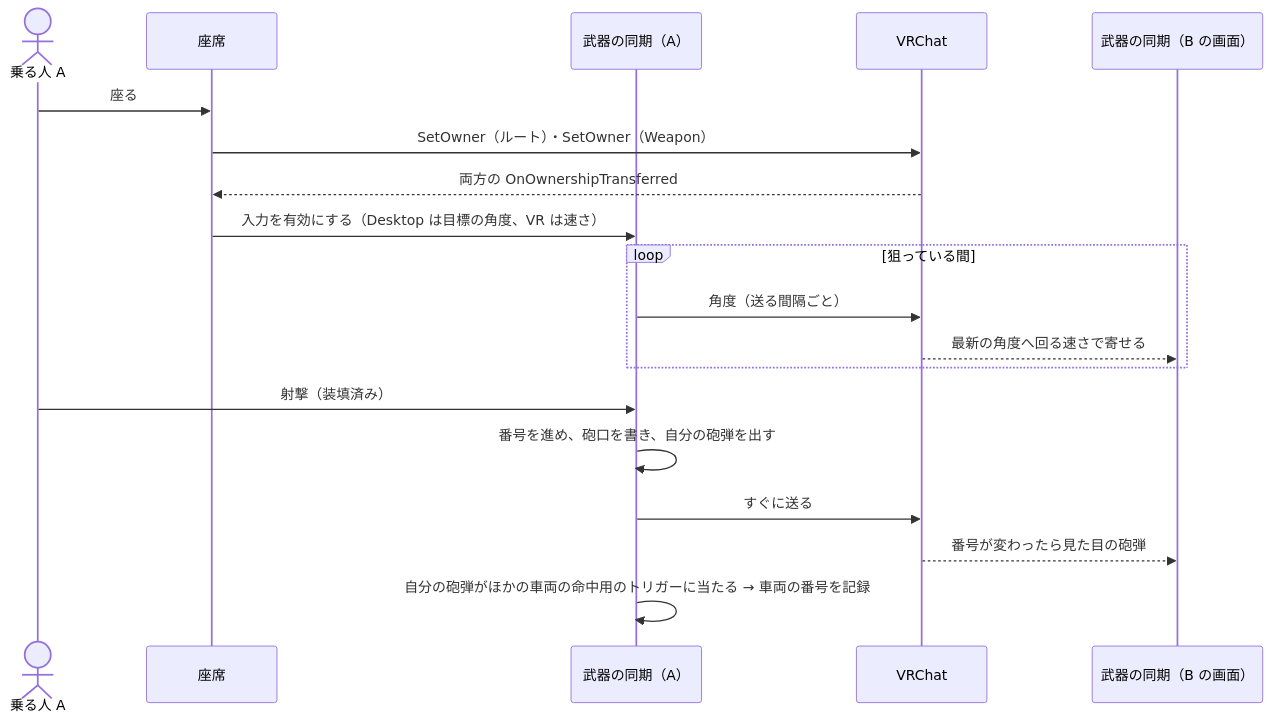
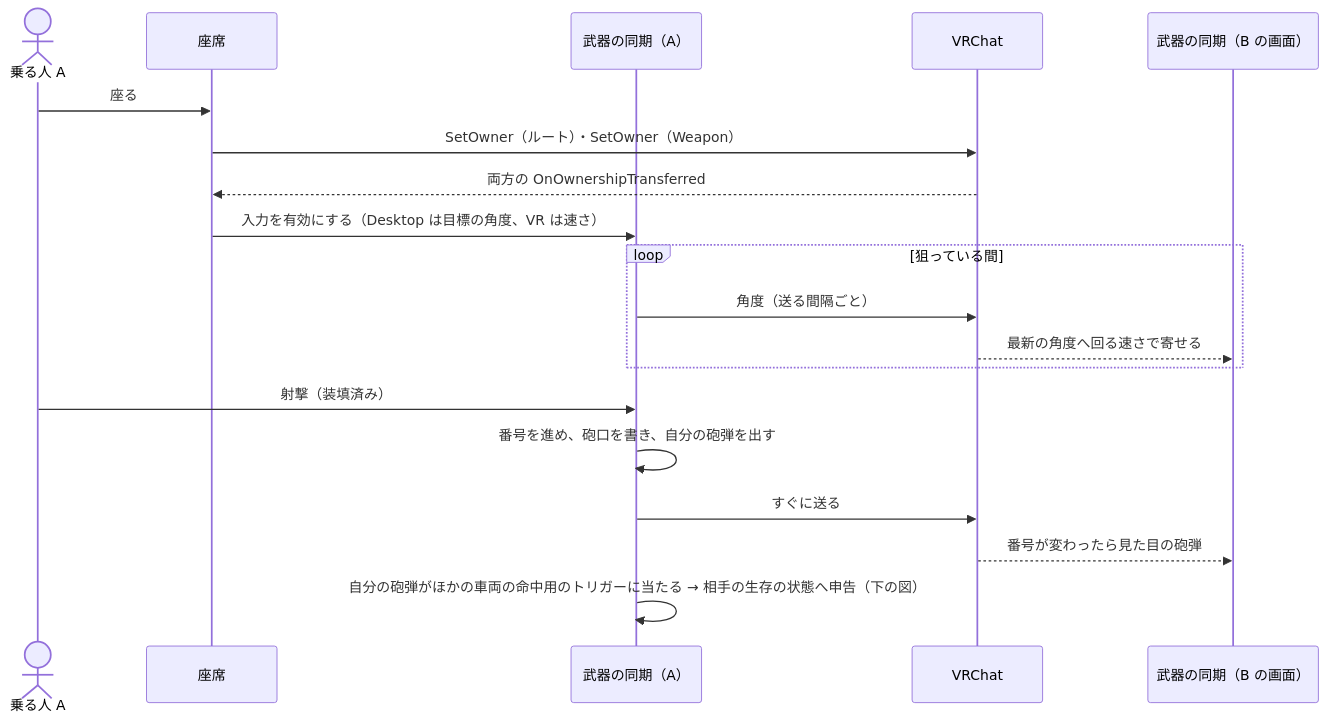
Before and after one commit to yakimannzyuu/YakimaTank: the seventh of 9 diagrams in Docs/03_Architecture/architecture.md, drawn with Mermaid. The commit also changed other lines of this file and 9 other files, not shown here.

````diff
--- a/Docs/03_Architecture/architecture.md
+++ b/Docs/03_Architecture/architecture.md
@@ -167,21 +172,21 @@
 ```mermaid
 sequenceDiagram
   actor A as 乗る人 A
   participant S as 座席
   participant W as 武器の同期（A）
   participant N as VRChat
   participant B as 武器の同期（B の画面）
   A->>S: 座る
   S->>N: SetOwner（ルート）・SetOwner（Weapon）
   N-->>S: 両方の OnOwnershipTransferred
   S->>W: 入力を有効にする（Desktop は目標の角度、VR は速さ）
   loop 狙っている間
     W->>N: 角度（送る間隔ごと）
     N-->>B: 最新の角度へ回る速さで寄せる
   end
   A->>W: 射撃（装填済み）
   W->>W: 番号を進め、砲口を書き、自分の砲弾を出す
   W->>N: すぐに送る
   N-->>B: 番号が変わったら見た目の砲弾
-  W->>W: 自分の砲弾がほかの車両の命中用のトリガーに当たる → 車両の番号を記録
+  W->>W: 自分の砲弾がほかの車両の命中用のトリガーに当たる → 相手の生存の状態へ申告（下の図）
 ```
````
